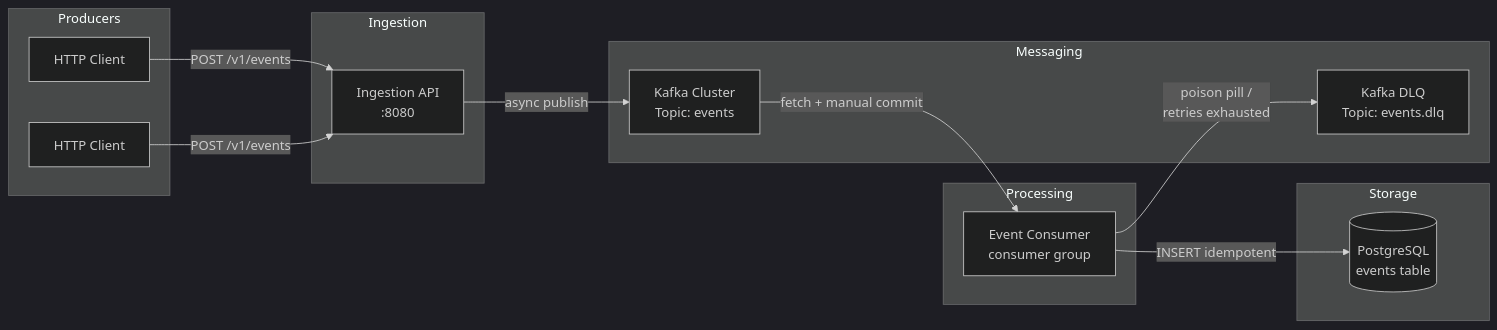
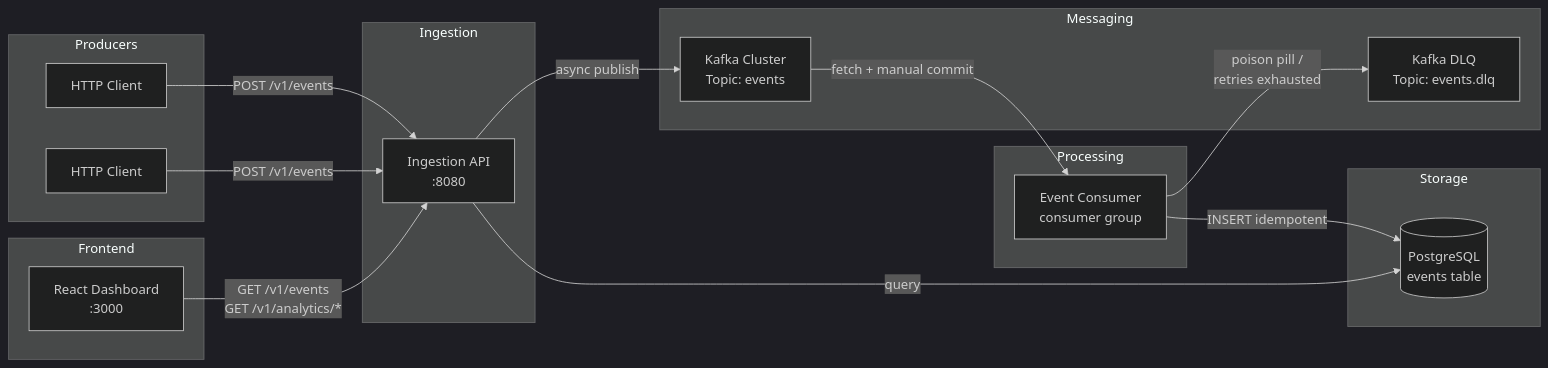
One commit to Karthik0000007/Event_Analytics_Platform changed the first of 6 diagrams in ARCHITECTURE.md. Above: the diagram before and after it, drawn with Mermaid (dark theme). The commit also changed other lines of this file and 1 other file, not shown here.

Commit message:
docs: update README and ARCHITECTURE with frontend documentation

````diff
--- a/ARCHITECTURE.md
+++ b/ARCHITECTURE.md
@@ -34,31 +35,37 @@
 ```mermaid
 flowchart LR
     subgraph Producers
         P1[HTTP Client]
         P2[HTTP Client]
     end
 
     subgraph Ingestion
         API[Ingestion API<br/>:8080]
     end
 
     subgraph Messaging
         K[Kafka Cluster<br/>Topic: events]
         DLQ[Kafka DLQ<br/>Topic: events.dlq]
     end
 
     subgraph Processing
         C[Event Consumer<br/>consumer group]
     end
 
     subgraph Storage
         PG[(PostgreSQL<br/>events table)]
     end
 
+    subgraph Frontend
+        UI[React Dashboard<br/>:3000]
+    end
+
     P1 -->|POST /v1/events| API
     P2 -->|POST /v1/events| API
     API -->|async publish| K
     K -->|fetch + manual commit| C
     C -->|INSERT idempotent| PG
     C -->|poison pill /<br/>retries exhausted| DLQ
+    UI -->|GET /v1/events<br/>GET /v1/analytics/*| API
+    API -->|query| PG
 ```
````
